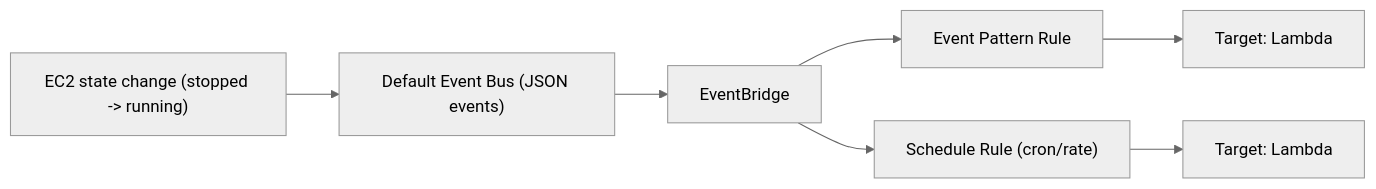
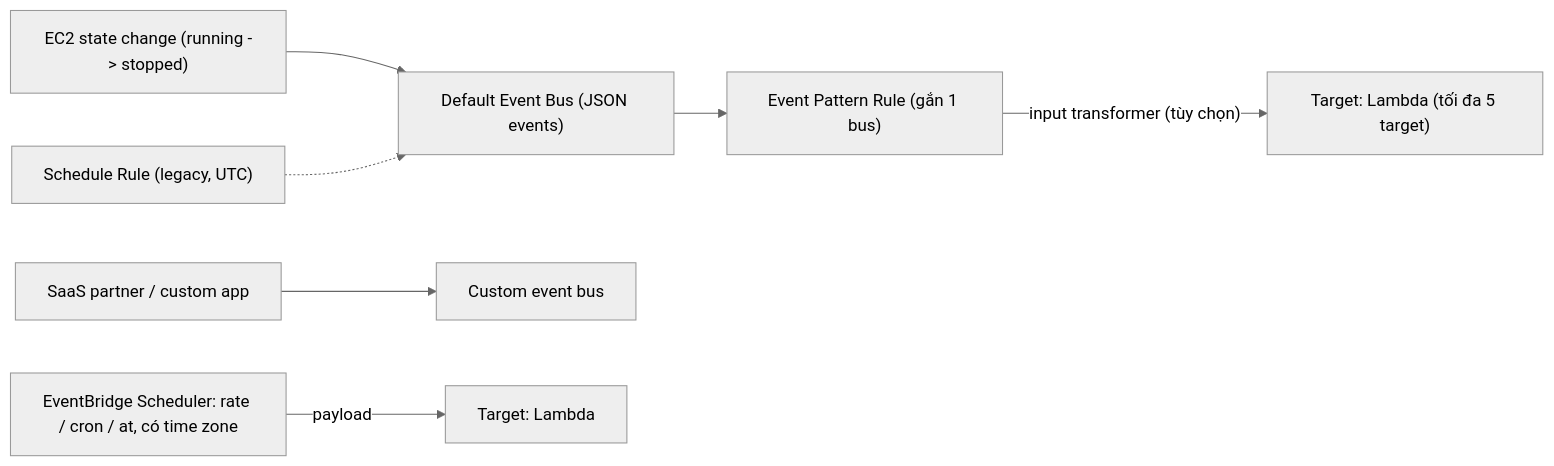
One commit to hairbui76/aws-saa-c03 changed the diagram in data/14 Serverless and Application Services/EventBridge.md. Above: the diagram before and after it, drawn with Mermaid (neutral theme). The commit also changed other lines of this file and 84 other files, not shown here.

````diff
--- a/data/14 Serverless and Application Services/EventBridge.md
+++ b/data/14 Serverless and Application Services/EventBridge.md
@@ -30,7 +34,8 @@
 ```mermaid
 flowchart LR
-  EC2["EC2 state change (stopped -> running)"] --> BUS["Default Event Bus (JSON events)"]
-  BUS --> EB["EventBridge"]
-  EB --> PR["Event Pattern Rule"] --> T1["Target: Lambda"]
-  EB --> SR["Schedule Rule (cron/rate)"] --> T2["Target: Lambda"]
+  EC2["EC2 state change (running -> stopped)"] --> BUS["Default Event Bus (JSON events)"]
+  SAAS["SaaS partner / custom app"] --> CBUS["Custom event bus"]
+  BUS --> PR["Event Pattern Rule (gắn 1 bus)"] -->|"input transformer (tùy chọn)"| T1["Target: Lambda (tối đa 5 target)"]
+  SR["Schedule Rule (legacy, UTC)"] -.-> BUS
+  SCH["EventBridge Scheduler: rate / cron / at, có time zone"] -->|"payload"| T2["Target: Lambda"]
 ```
````
